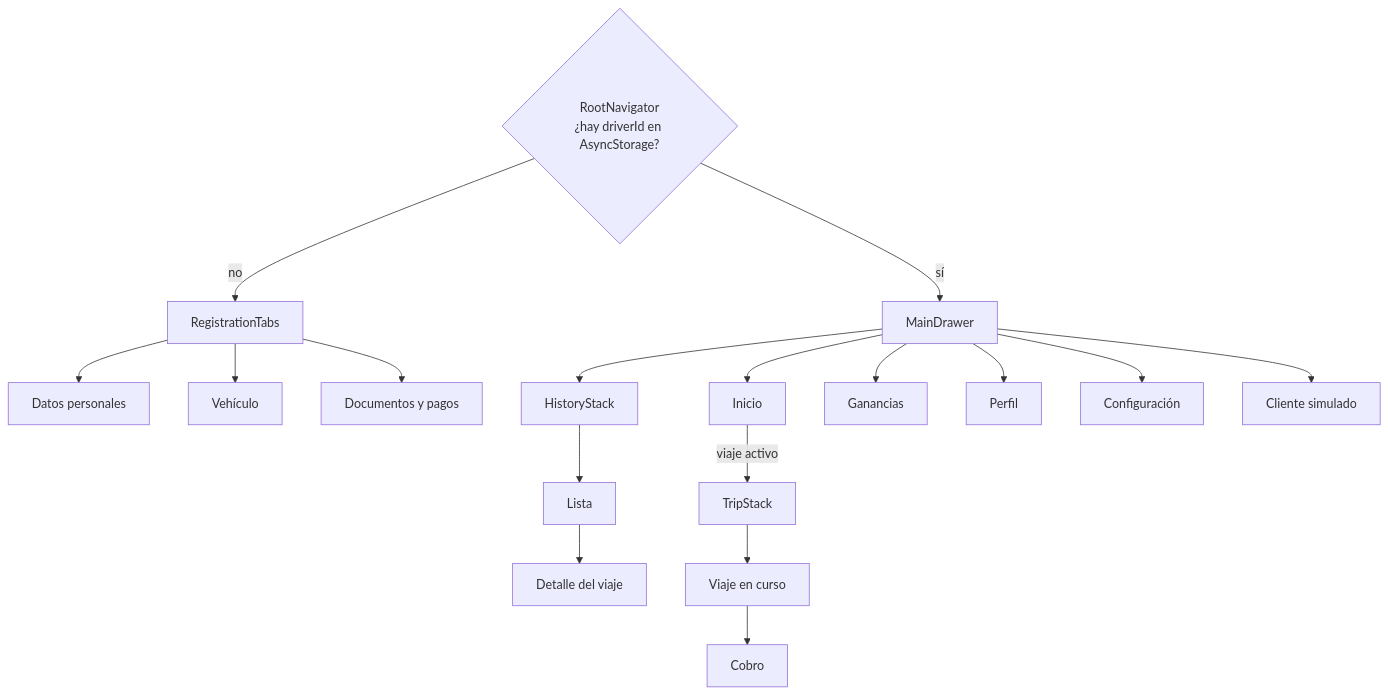
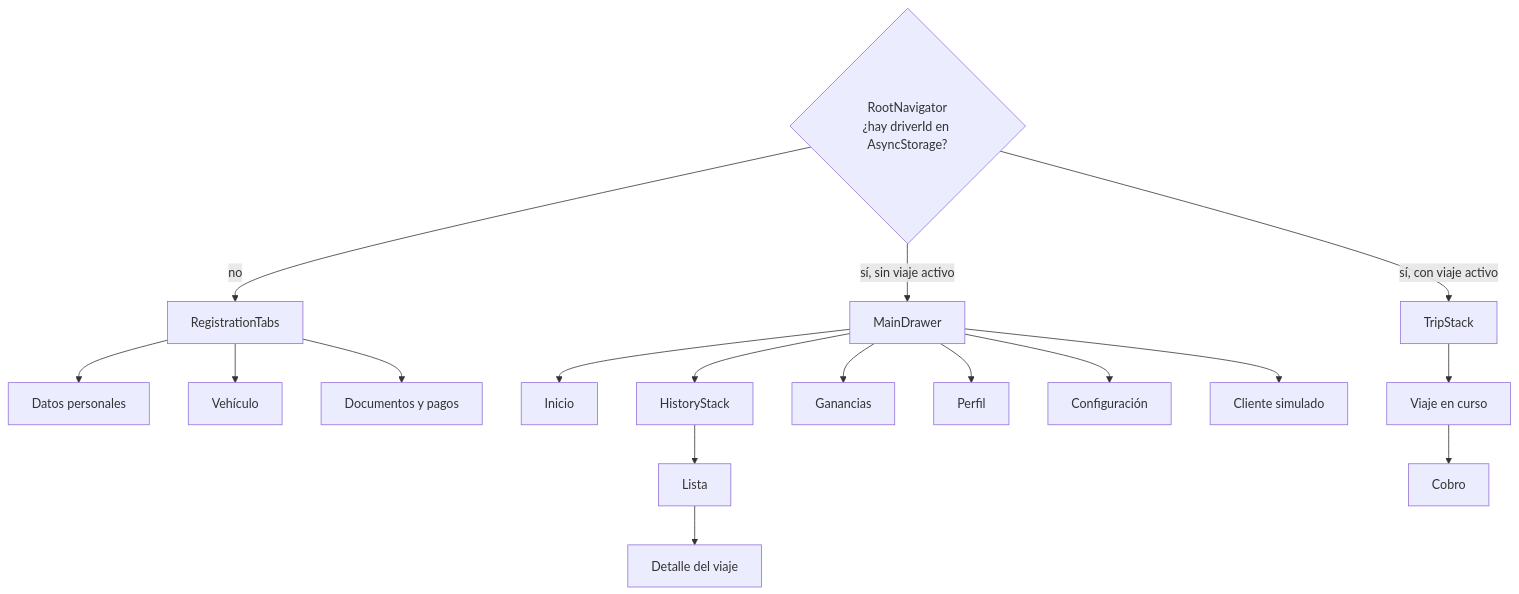
Before and after one commit to Etrejos97/uberclone-conductor: the second of 6 diagrams in docs/Diseno.md, drawn with Mermaid. The commit also changed other lines of this file and 25 other files, not shown here.

````diff
--- a/docs/Diseno.md
+++ b/docs/Diseno.md
@@ -154,18 +161,18 @@
 ```mermaid
 flowchart TD
     Root{RootNavigator<br/>¿hay driverId en AsyncStorage?}
     Root -- no --> Reg[RegistrationTabs]
-    Root -- sí --> Drawer[MainDrawer]
+    Root -- "sí, sin viaje activo" --> Drawer[MainDrawer]
+    Root -- "sí, con viaje activo" --> Trip[TripStack]
     Reg --> T1[Datos personales]
     Reg --> T2[Vehículo]
     Reg --> T3[Documentos y pagos]
     Drawer --> Home[Inicio]
     Drawer --> Hist[HistoryStack]
     Drawer --> Earn[Ganancias]
     Drawer --> Prof[Perfil]
     Drawer --> Sett[Configuración]
     Drawer --> Sim[Cliente simulado]
     Hist --> HL[Lista] --> HD[Detalle del viaje]
-    Home -- "viaje activo" --> Trip[TripStack]
     Trip --> TR[Viaje en curso] --> Pay[Cobro]
 ```
````
